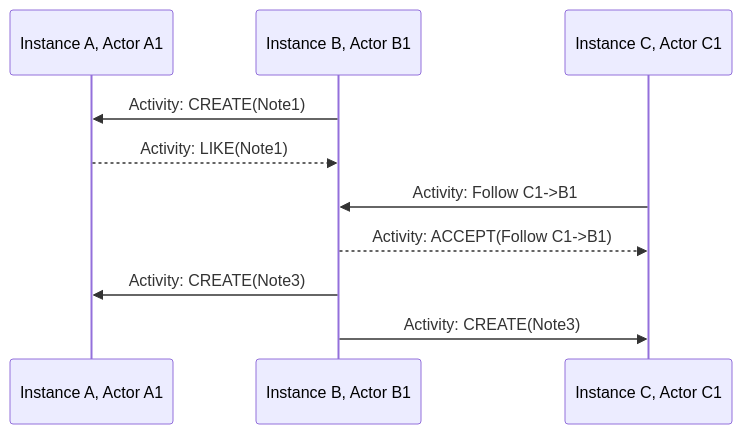
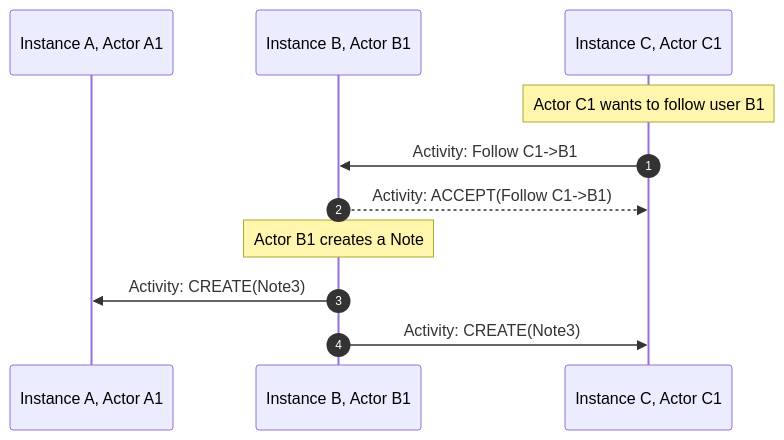
One commit to maybeanerd/iu-tech-talk changed the fifth of 7 diagrams in slides.md. Above: the diagram before and after it, drawn with Mermaid. The commit also changed other lines of this file, not shown here.

````diff
--- a/slides.md
+++ b/slides.md
@@ -309,15 +339,15 @@
 ```mermaid
 sequenceDiagram
+  autonumber
   participant A as Instance A, Actor A1
   participant B as Instance B, Actor B1
   participant C as Instance C, Actor C1
-  B->>A: Activity: CREATE(Note1)
-  A-->>B: Activity: LIKE(Note1)
-
+  Note over C: Actor C1 wants to follow user B1
   C->>B: Activity: Follow C1->B1
   B-->>C: Activity: ACCEPT(Follow C1->B1)
 
+  Note over B: Actor B1 creates a Note
   B->>A: Activity: CREATE(Note3)
   B->>C: Activity: CREATE(Note3)
 
 ```
````
